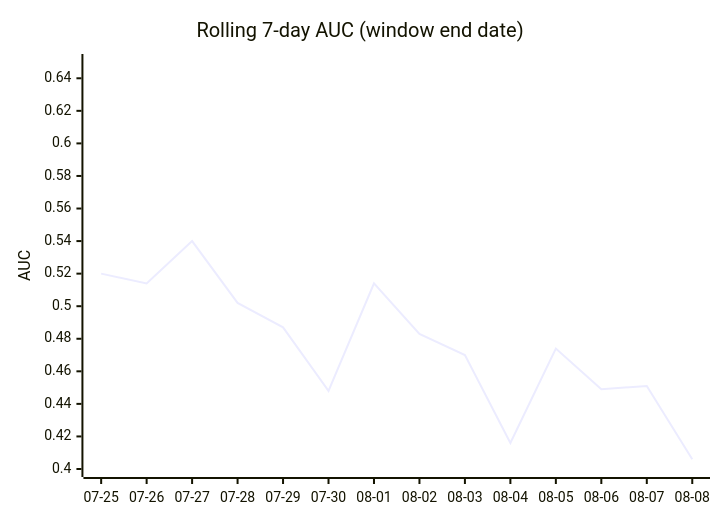
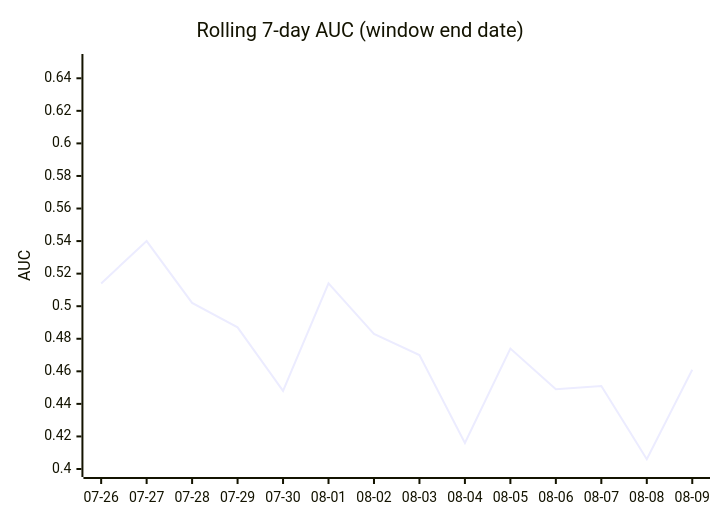
The third of 4 diagrams in DAILY_AGSU_REPORT.md (dpk1212/nhl-savant), drawn with Mermaid before and after one commit. The commit also changed other lines of this file, not shown here.

````diff
--- a/DAILY_AGSU_REPORT.md
+++ b/DAILY_AGSU_REPORT.md
@@ -784,7 +788,7 @@
 ```mermaid
 xychart-beta
     title "Rolling 7-day AUC (window end date)"
-    x-axis ["07-25", "07-26", "07-27", "07-28", "07-29", "07-30", "08-01", "08-02", "08-03", "08-04", "08-05", "08-06", "08-07", "08-08"]
+    x-axis ["07-26", "07-27", "07-28", "07-29", "07-30", "08-01", "08-02", "08-03", "08-04", "08-05", "08-06", "08-07", "08-08", "08-09"]
     y-axis "AUC" 0.4 --> 0.65
-    line [0.52, 0.514, 0.54, 0.502, 0.487, 0.448, 0.514, 0.483, 0.47, 0.416, 0.474, 0.449, 0.451, 0.406]
+    line [0.514, 0.54, 0.502, 0.487, 0.448, 0.514, 0.483, 0.47, 0.416, 0.474, 0.449, 0.451, 0.406, 0.461]
 ```
````
